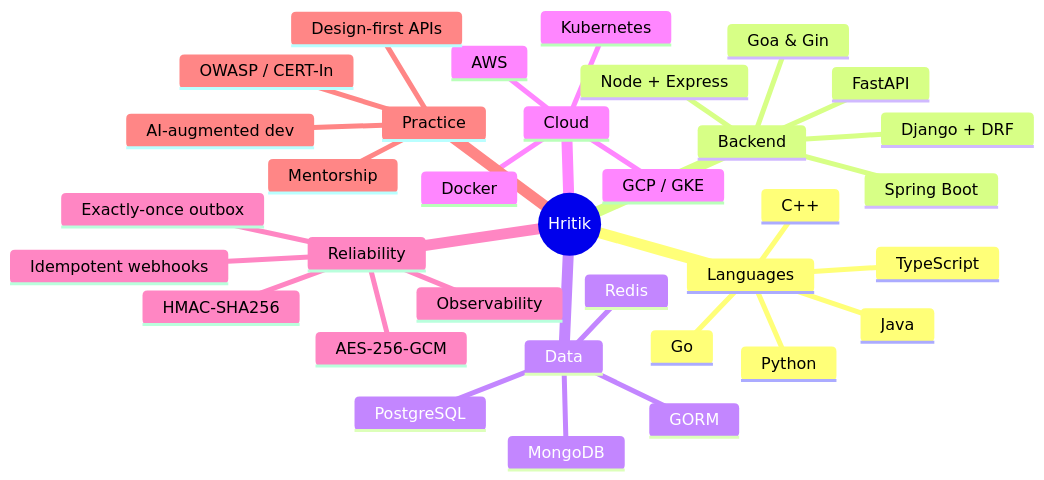
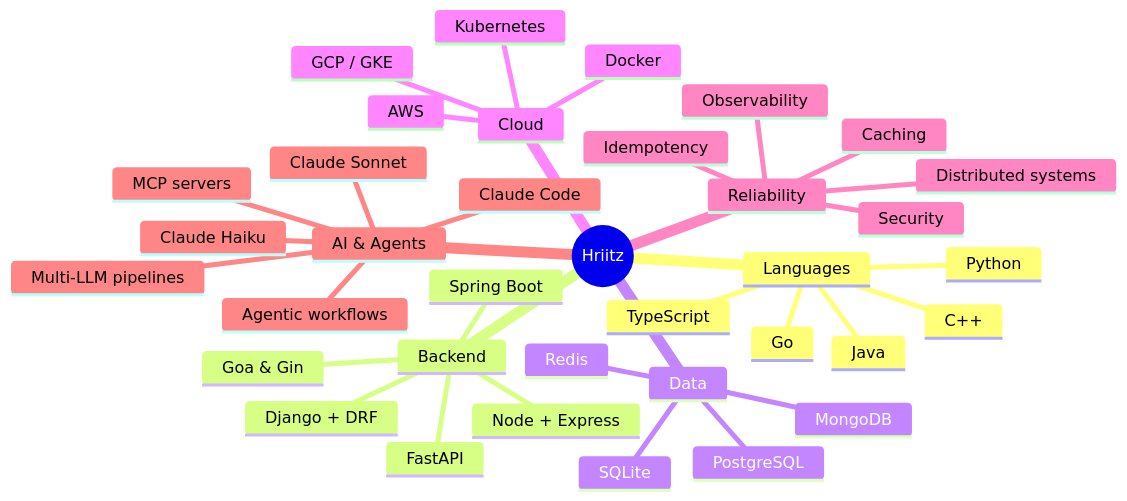
The diagram in README.md (Hriitz/Hriitz), drawn with Mermaid before and after one commit. The commit also changed other lines of this file, not shown here.

Commit message:
redesgin once again

````diff
--- a/README.md
+++ b/README.md
@@ -192,37 +192,39 @@
 ```mermaid
 mindmap
-  root((Hritik))
+  root((Hriitz))
     Languages
       Go
       Python
       TypeScript
       Java
       C++
     Backend
       Goa & Gin
       Django + DRF
       FastAPI
       Spring Boot
       Node + Express
     Data
       PostgreSQL
       Redis
       MongoDB
-      GORM
+      SQLite
     Cloud
       GCP / GKE
       AWS
       Docker
       Kubernetes
     Reliability
-      Exactly-once outbox
-      Idempotent webhooks
-      HMAC-SHA256
-      AES-256-GCM
+      Distributed systems
+      Idempotency
+      Caching
       Observability
-    Practice
-      Design-first APIs
-      OWASP / CERT-In
-      Mentorship
-      AI-augmented dev
+      Security
+    AI & Agents
+      Claude Code
+      Claude Haiku
+      Claude Sonnet
+      MCP servers
+      Multi-LLM pipelines
+      Agentic workflows
 ```
````
